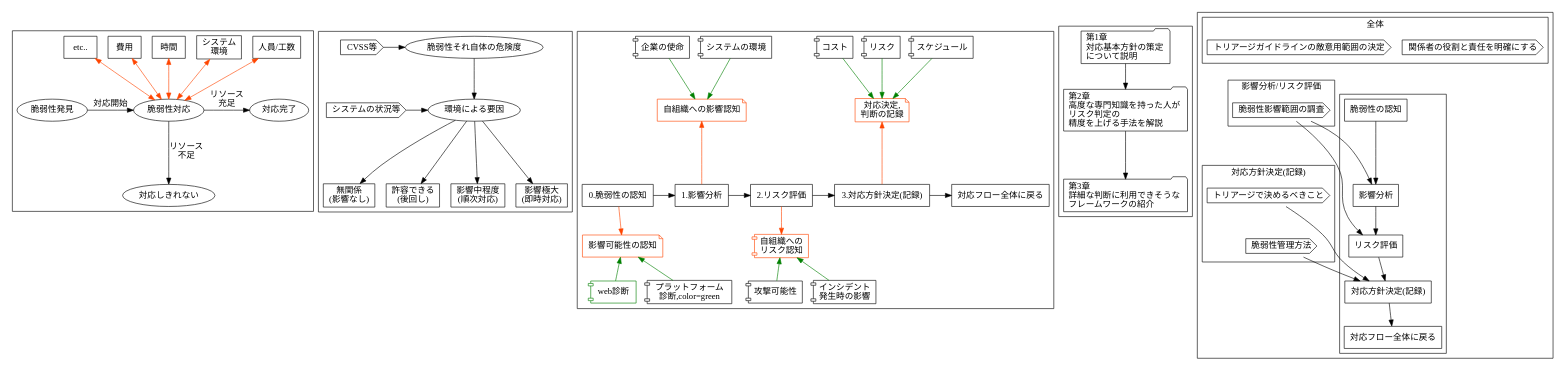
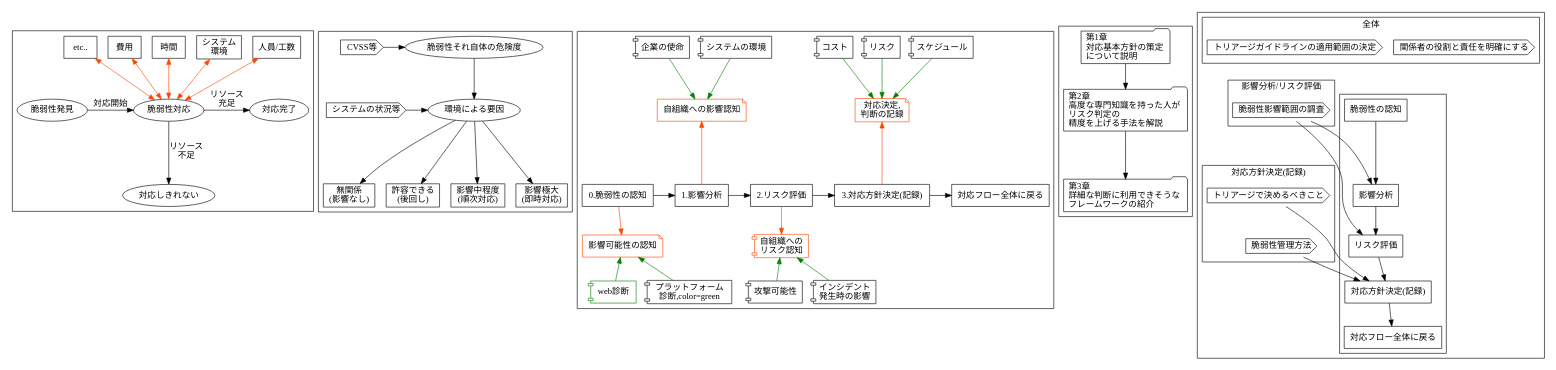
One commit to hogehuga/vulnRespStudyGroup changed the diagram in report/20240526-triageGuidelineSummary/images/figures.dot. Above: the diagram before and after it, drawn with Graphviz. The commit also changed 7 other files, not shown here.

Commit message:
fix and add figure

```diff
--- a/report/20240526-triageGuidelineSummary/images/figures.dot
+++ b/report/20240526-triageGuidelineSummary/images/figures.dot
@@ -1,124 +1,124 @@
 digraph figure{
     subgraph cluster00{
         a [label="脆弱性発見"];
         b [label="脆弱性対応"];
         c [label="対応完了"];
         d [label="対応しきれない"];
         e [shape=box, label="人員/工数"];
         f [shape=box, label="システム\n環境"];
         g [shape=box, label="時間"];
         h [shape=box, label="費用"];
         i [shape=box, label="etc.."];
         a -> b [label="対応開始"];
         b -> c [label="リソース\n充足"];
         b -> d [label="リソース\n不足"];
         e -> b [dir=both, color=orangered];
         f -> b [dir=both, color=orangered];
         g -> b [dir=both, color=orangered];
         h -> b [dir=both, color=orangered];
         i -> b [dir=both, color=orangered];
         {rank=same;a;b;c}
     }
     subgraph cluster01{
         rankdir=LR;
         aa [label="脆弱性それ自体の危険度"];
         ab [shape=cds, label="CVSS等"];
         bb [label="環境による要因"];
         ba [shape=cds, label="システムの状況等"];
         cc [shape=box, label="無関係\n(影響なし)"];
         dd [shape=box, label="許容できる\n(後回し)"];
         ee [shape=box, label="影響中程度\n(順次対応)"];
         ff [shape=box, label="影響極大\n(即時対応)"];
 
 
         aa -> bb-> cc;
         bb -> dd;
         bb -> ee;
         bb -> ff;
         ab -> aa;
         ba -> bb;
         {rank=same;aa;ab}
         {rank=same;ba;bb}
     }
     subgraph cluster02{
         aaa [shape=box, label="0.脆弱性の認知"];
         bba [shape=box, label="1.影響分析"];
         cca [shape=box, label="2.リスク評価"];
         dda [shape=box, label="3.対応方針決定(記録)"];
         eea [shape=box, label="対応フロー全体に戻る"];
 
         aab [shape=component, label="web診断",color=green];
         aac [shape=component, label="プラットフォーム\n診断,color=green"];
         aba [shape=note, label="影響可能性の認知",color=orangered];
 
         bbb [shape=component, label="システムの環境"];
         bbc [shape=component, label="企業の使命"];
         baa [shape=note, label="自組織への影響認知",color=orangered]
 
         ccb [shape=component, label="攻撃可能性"];
         ccc [shape=component, label="インシデント\n発生時の影響"];
         caa [shape=component, label="自組織への\nリスク認知",color=orangered];
 
         ddb [shape=component, label="コスト"];
         ddc [shape=component, label="スケジュール"];
         ddd [shape=component, label="リスク"];
         daa [shape=note, label="対応決定,\n判断の記録", color=orangered];
 
         aaa -> bba -> cca -> dda -> eea;
         aaa -> aba [color=orangered];
         aba -> aab [dir=back,color=green];
         aba -> aac [dir=back,color=green];
 
         bbb -> baa [color=green];
         bbc -> baa [color=green];
         baa -> bba [dir=back,color=orangered];
 
         cca -> caa [color=orangered];
         caa -> ccb [dir=back,color=green];
         caa -> ccc [dir=back,color=green];
 
         ddb -> daa [color=green];
         ddc -> daa [color=green];
         ddd -> daa [color=green];
         daa -> dda [dir=back,color=orangered];
 
         {rank=same;aaa;bba;cca;dda;eea}
         
     }
     subgraph cluster03 {
         c01 [shape=folder,label="第1章\l対応基本方針の策定\lについて説明\l"];
         c02 [shape=folder,label="第2章\l高度な専門知識を持った人が\lリスク判定の\l精度を上げる手法を解説\l"];
         c03 [shape=folder,label="第3章\l詳細な判断に利用できそうな\lフレームワークの紹介\l"];
         c01 -> c02 -> c03;
     }
     subgraph cluster04 {
         subgraph cluster041{
             d03a [shape=box, label="脆弱性の認知"];
             d03b [shape=box, label="影響分析"];
             d03c [shape=box, label="リスク評価"];
             d03d [shape=box, label="対応方針決定(記録)"];
             d03e [shape=box, label="対応フロー全体に戻る"];
             d03a -> d03b -> d03c -> d03d -> d03e;
         }
         subgraph cluster040{
             label="全体"
             d03f1 [shape=cds, label="関係者の役割と責任を明確にする"]
-            d03f2 [shape=cds, label="トリアージガイドラインの敵意用範囲の決定"]
+            d03f2 [shape=cds, label="トリアージガイドラインの適用範囲の決定"]
         }
         subgraph cluster042{
             label="影響分析/リスク評価"
             d03f3 [shape=cds, label="脆弱性影響範囲の調査"]
         }
         subgraph cluster043{
             label="対応方針決定(記録)"
             d03f4 [shape=cds, label="トリアージで決めるべきこと"]
             d03f5 [shape=cds, label="脆弱性管理方法"]
             d03f4->d03f5 [style=invis];
         }
         d03f2 -> d03a [style=invis];
         d03f3 -> d03b;
         d03f3 -> d03c;
         d03f4 -> d03d;
         d03f5 -> d03d;
     }
 }
```
